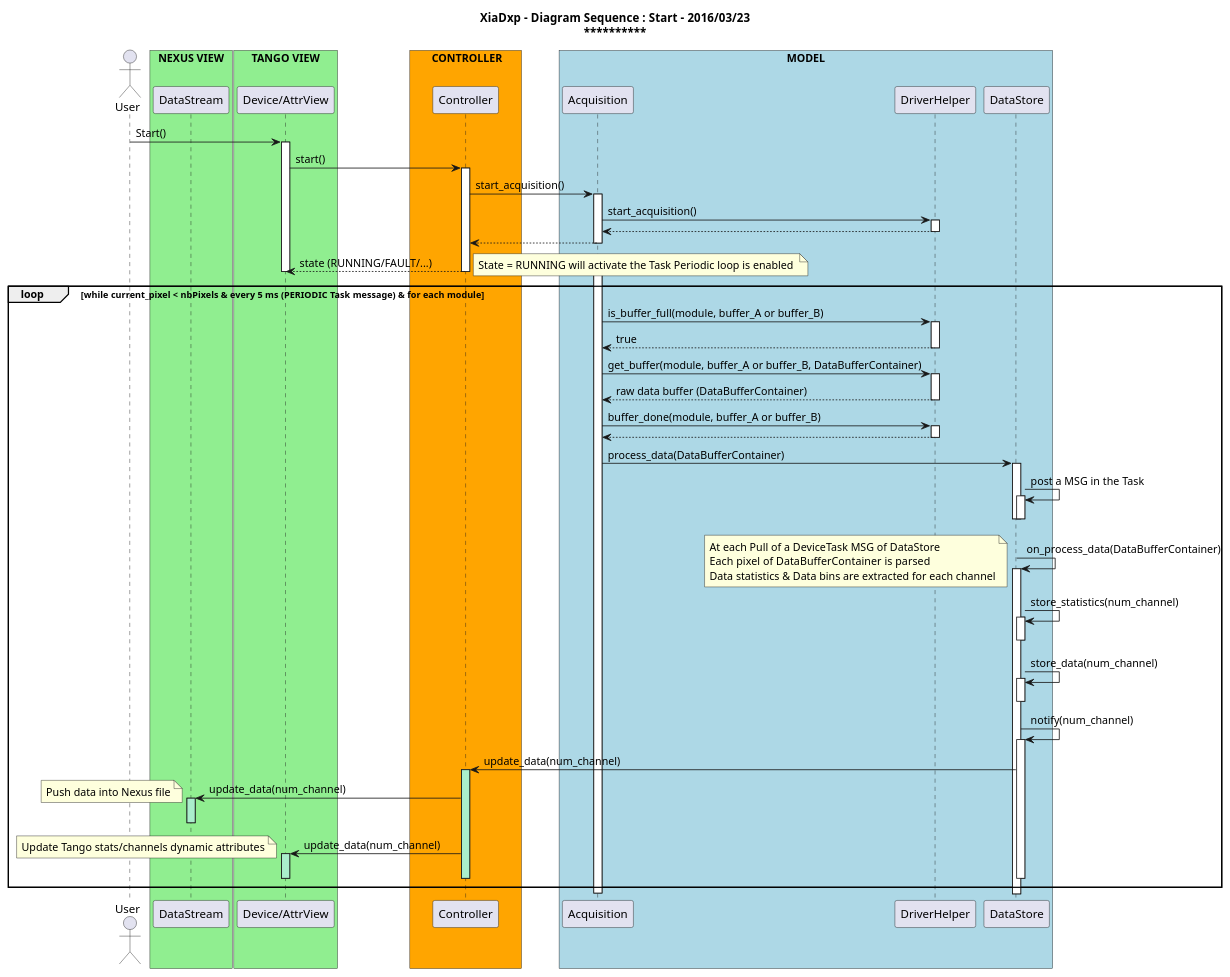
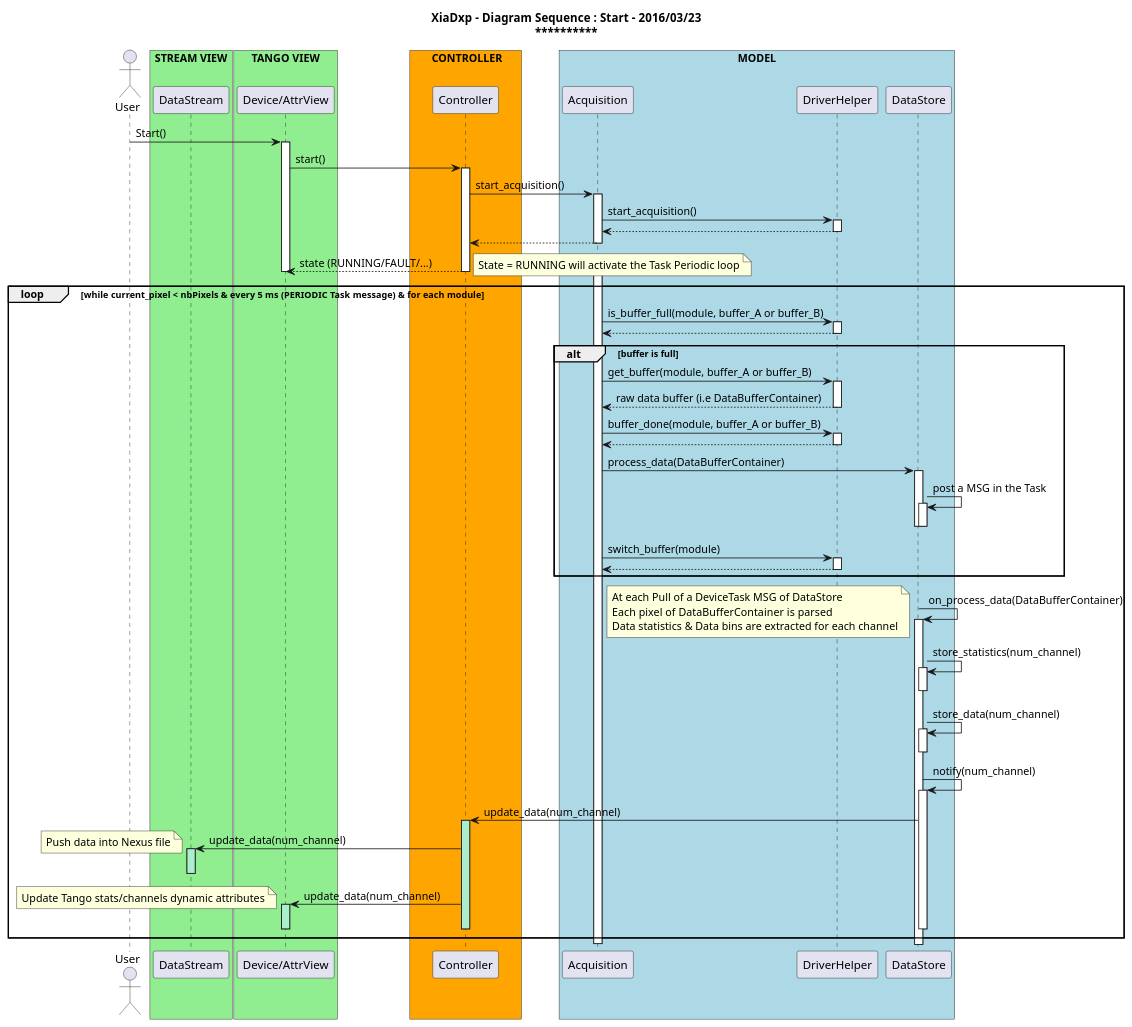
One commit to anoureddine/XiaDxp changed the diagram in uml/diagram_sequence_start_acquisition_MAPPING_1.puml. Above: the diagram before and after it, drawn with PlantUML. The commit also changed 16 other files, not shown here.

Commit message:
- Enhance Controller::update_parameters() : build stream only when it is necessary ! - Modify rois string format : use ; instead of "," as separator - Remove "_" in statistics attributes names in order to meet tango coding rules - Update some uml diagrams

```diff
--- a/uml/diagram_sequence_start_acquisition_MAPPING_1.puml
+++ b/uml/diagram_sequence_start_acquisition_MAPPING_1.puml
@@ -1,124 +1,129 @@
 @startuml
 
 title <b>XiaDxp - Diagram Sequence  : Start - 2016/03/23</b>\n**********************************************
 
 actor User
 
 participant "DataStream" as Stream
-box "NEXUS VIEW" #LightGreen
+box "STREAM VIEW" #LightGreen
 	participant Stream
 end box
 
 participant "Device/AttrView" as Device
 box "TANGO VIEW" #LightGreen
 	participant Device
 end box
 
 participant "Controller" as Ctrl
 box "       CONTROLLER      " #Orange
 	participant Ctrl
 end box
 
 participant "Acquisition" as Acq
 participant "DriverHelper" as Driver
 participant "DataStore" as Store
 box "MODEL" #LightBlue
 	participant Acq
 	participant Driver
     participant Store
 end box
 
 
 User -> Device: Start()
 activate Device
 
 Device -> Ctrl: start()
 activate Ctrl
 
 Ctrl -> Acq : start_acquisition()
 activate Acq
 
 Acq -> Driver : start_acquisition()
 activate Driver
 
 Driver --> Acq 
 deactivate Driver
 
 Acq --> Ctrl
 deactivate Acq
 
 Ctrl --> Device : state (RUNNING/FAULT/...)
 deactivate Ctrl
 deactivate Device
 
 note right 
-            State = RUNNING will activate the Task Periodic loop is enabled 
+            State = RUNNING will activate the Task Periodic loop
 end note
 
 activate Acq
 
 loop while  current_pixel < nbPixels & every 5 ms (PERIODIC Task message) & for each module
             Acq -> Driver : is_buffer_full(module, buffer_A or buffer_B)
             activate Driver
-            Driver --> Acq : true
+            Driver --> Acq
             deactivate Driver
+alt buffer is full
 
-            Acq -> Driver : get_buffer(module, buffer_A or buffer_B, DataBufferContainer)
+            Acq -> Driver : get_buffer(module, buffer_A or buffer_B)
             activate Driver
-            Driver --> Acq : raw data buffer (DataBufferContainer)
+            Driver --> Acq : raw data buffer (i.e DataBufferContainer)
             deactivate Driver
 
             Acq -> Driver : buffer_done(module, buffer_A or buffer_B)
             activate Driver
             Driver --> Acq
             deactivate Driver
 
             Acq -> Store: process_data(DataBufferContainer)
             activate Store
             Store -> Store: post a MSG in the Task
             activate Store
             deactivate Store
             deactivate Store
 
-
+            Acq -> Driver : switch_buffer(module)
+            activate Driver
+            Driver --> Acq
+            deactivate Driver
+end
             Store -> Store: on_process_data(DataBufferContainer)
             activate Store
 note left 
             At each Pull of a DeviceTask MSG of DataStore
             Each pixel of  DataBufferContainer is parsed
             Data statistics & Data bins are extracted for each channel
 end note
             
             Store -> Store: store_statistics(num_channel)
             activate Store
             deactivate Store
             Store -> Store: store_data(num_channel)  
             activate Store
             deactivate Store
             Store -> Store : notify(num_channel)
             activate Store
 
             Store -> Ctrl : update_data(num_channel)
             activate Ctrl #AAEECC
 
             Ctrl -> Stream : update_data(num_channel)
             activate Stream #AAEECC
 note left 
             Push data into Nexus file
 end note
             deactivate Stream
 
             Ctrl -> Device : update_data(num_channel)
             activate Device #AAEECC
 note left 
             Update Tango stats/channels dynamic attributes
 end note
             deactivate Device
             deactivate Ctrl
             deactivate Store
 
         end
 
 deactivate Acq
 
 @enduml
```
